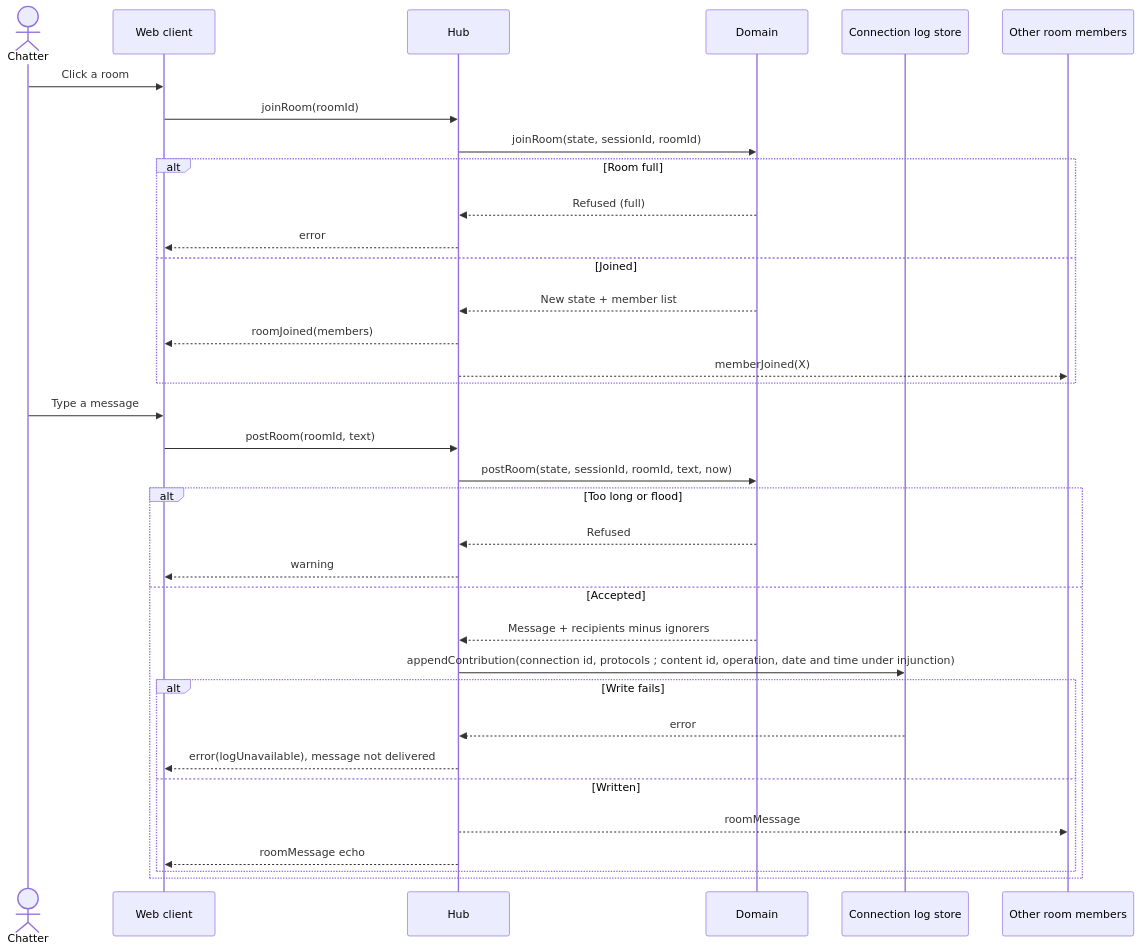
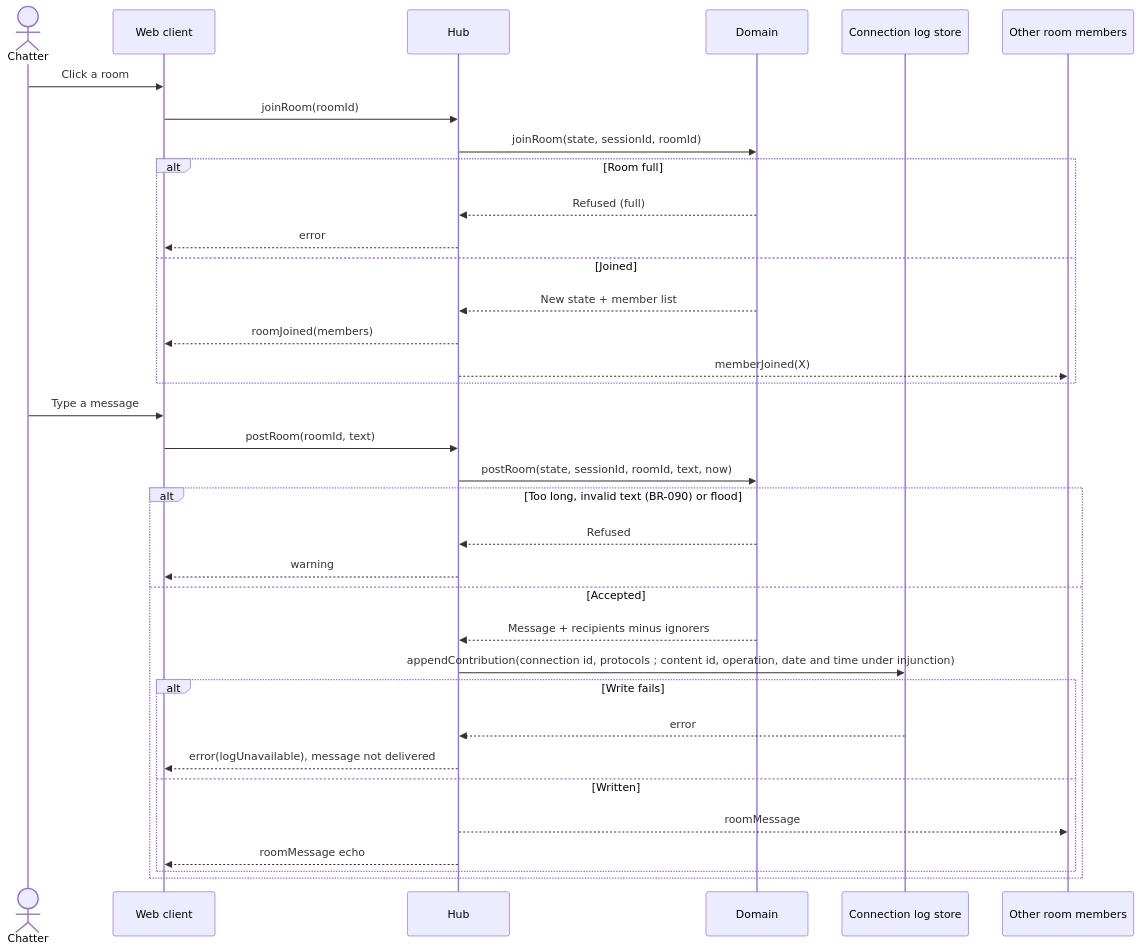
One commit to benoit-bremaud/asv changed the diagram in docs/architecture/diagrams/rooms/02-sequence-join-and-post.md. Above: the diagram before and after it, drawn with Mermaid. The commit also changed 39 other files, not shown here.

````diff
--- a/docs/architecture/diagrams/rooms/02-sequence-join-and-post.md
+++ b/docs/architecture/diagrams/rooms/02-sequence-join-and-post.md
@@ -15,37 +15,37 @@
 ```mermaid
 sequenceDiagram
   actor C as Chatter
   participant W as Web client
   participant H as Hub
   participant D as Domain
   participant L as Connection log store
   participant O as Other room members
   C->>W: Click a room
   W->>H: joinRoom(roomId)
   H->>D: joinRoom(state, sessionId, roomId)
   alt Room full
     D-->>H: Refused (full)
     H-->>W: error
   else Joined
     D-->>H: New state + member list
     H-->>W: roomJoined(members)
     H-->>O: memberJoined(X)
   end
   C->>W: Type a message
   W->>H: postRoom(roomId, text)
   H->>D: postRoom(state, sessionId, roomId, text, now)
-  alt Too long or flood
+  alt Too long, invalid text (BR-090) or flood
     D-->>H: Refused
     H-->>W: warning
   else Accepted
     D-->>H: Message + recipients minus ignorers
     H->>L: appendContribution(connection id, protocols #59; content id, operation, date and time under injunction)
     alt Write fails
       L-->>H: error
       H-->>W: error(logUnavailable), message not delivered
     else Written
       H-->>O: roomMessage
       H-->>W: roomMessage echo
     end
   end
 ```
````
